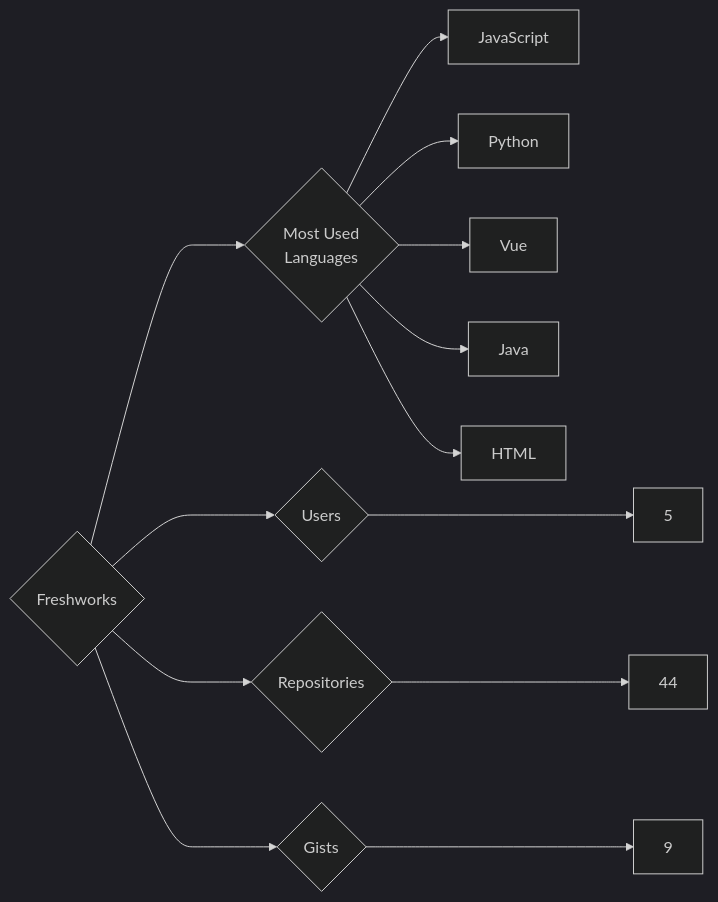
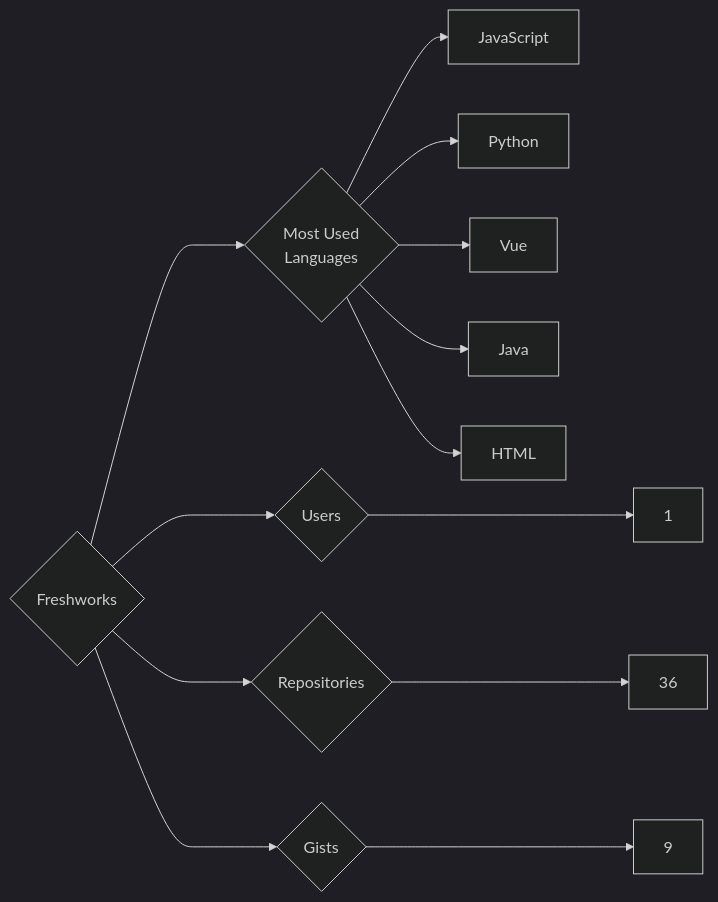
Before and after one commit to trickest/insiders: the diagram in targets/Freshworks/README.md, drawn with Mermaid (dark theme). The commit also changed 997 other files, not shown here.

````diff
--- a/targets/Freshworks/README.md
+++ b/targets/Freshworks/README.md
@@ -3,13 +3,13 @@
 ```mermaid
 graph LR
 COMPANY_NAME{Freshworks}
-COMPANY_NAME ---> U{Users} ---> UN[5]
-COMPANY_NAME ---> R{Repositories} ---> RN[44]
+COMPANY_NAME ---> U{Users} ---> UN[1]
+COMPANY_NAME ---> R{Repositories} ---> RN[36]
 COMPANY_NAME ---> G{Gists} ---> GN[9]
 COMPANY_NAME ---> ML{Most Used<br>Languages}
 ML --> JavaScript[JavaScript]
 ML --> Python[Python]
 ML --> Vue[Vue]
 ML --> Java[Java]
 ML --> HTML[HTML]
 ```
````
